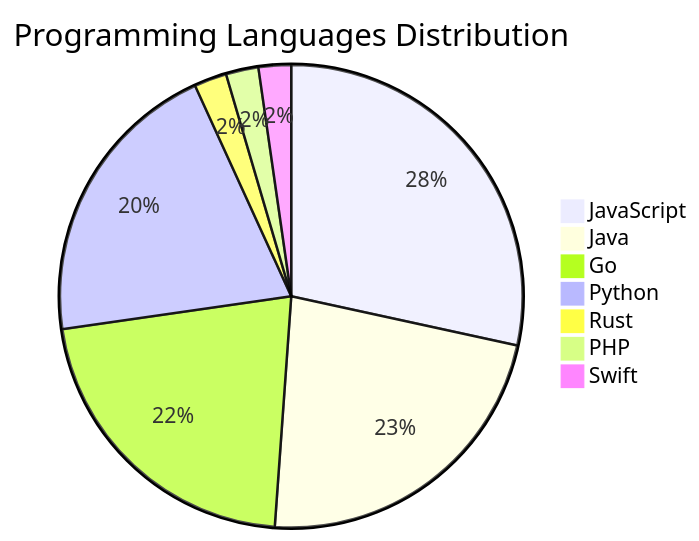
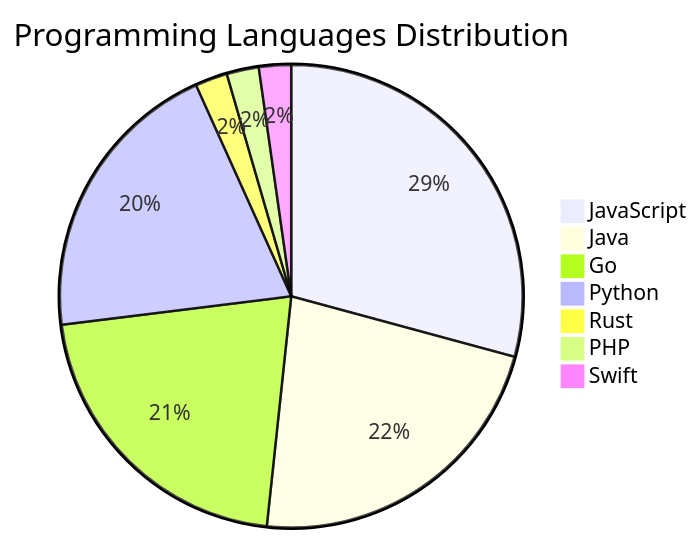
Before and after one commit to Derrick-MUGISHA/github-activity-bot: the diagram in README.md, drawn with Mermaid. The commit also changed other lines of this file and 3 other files, not shown here.

````diff
--- a/README.md
+++ b/README.md
@@ -73,10 +73,10 @@
 ```mermaid
 pie title Programming Languages Distribution
-    "JavaScript" : 25
+    "JavaScript" : 26
     "Java" : 20
     "Go" : 19
     "Python" : 18
     "Rust" : 2
     "PHP" : 2
     "Swift" : 2
 ```
````
